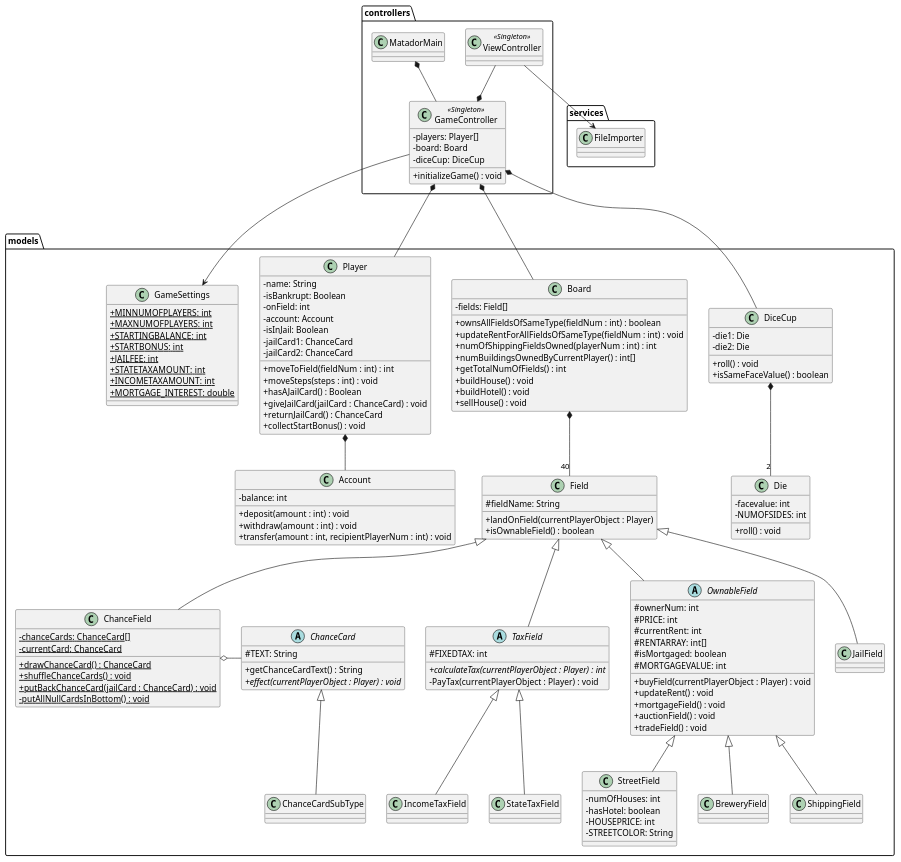
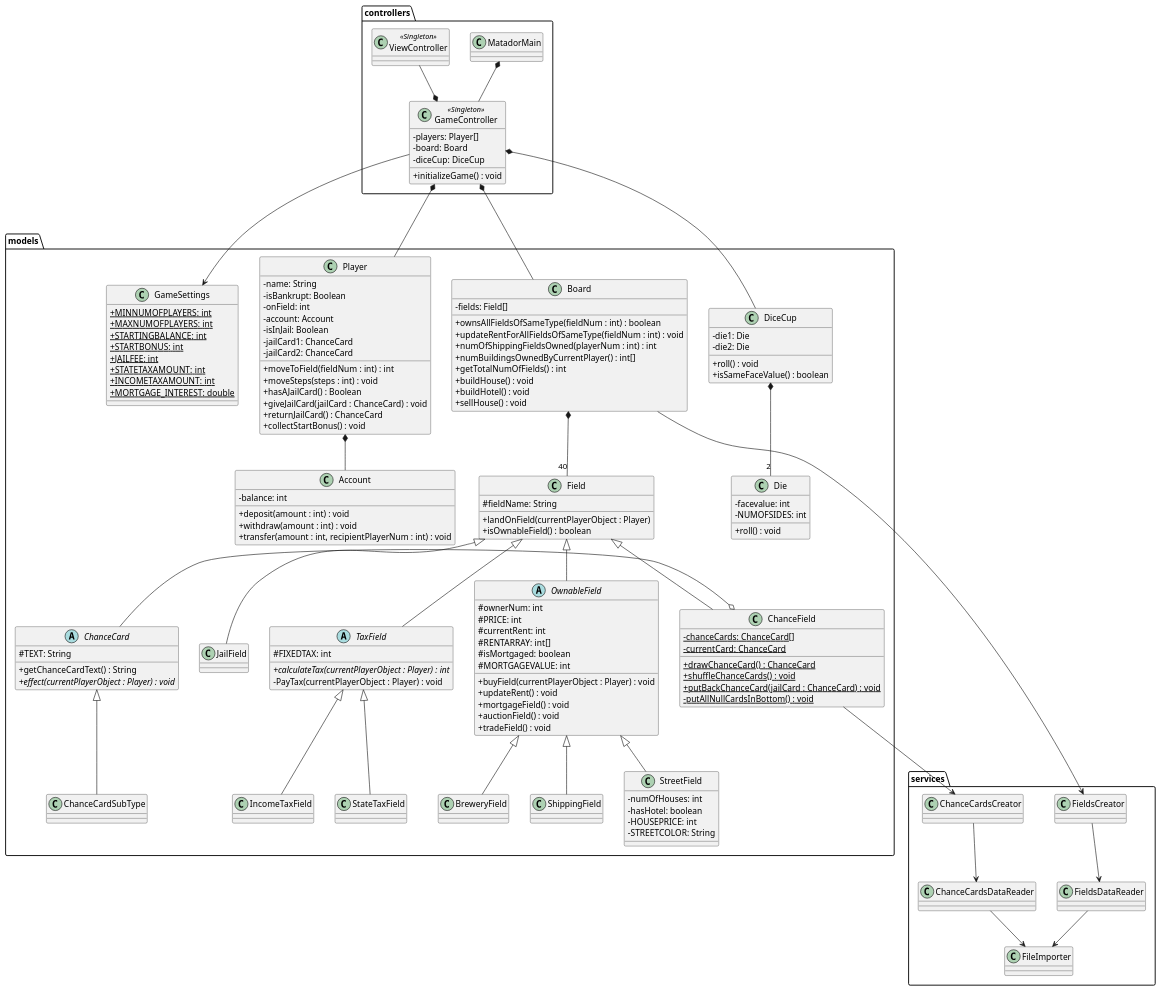
Before and after one commit to GabeKierk889/gruppe-18: the diagram in 18_final/UML/DesignClassDiagram.puml, drawn with PlantUML. The commit also changed 2 other files, not shown here.

Commit message:
Updated design class diagram for classes within service package

```diff
--- a/18_final/UML/DesignClassDiagram.puml
+++ b/18_final/UML/DesignClassDiagram.puml
@@ -5,7 +5,14 @@
 package services {
 
 class FileImporter {
-
+}
+class FieldsDataReader {
+}
+class FieldsCreator {
+}
+class ChanceCardsDataReader {
+}
+class ChanceCardsCreator {
 }
 
 }
@@ -179,7 +186,12 @@
 }
 
 MatadorMain *-- GameController
-ViewController --> FileImporter
+FieldsDataReader --> FileImporter
+ChanceCardsDataReader --> FileImporter
+FieldsCreator --> FieldsDataReader
+ChanceCardsCreator --> ChanceCardsDataReader
+ChanceField --> ChanceCardsCreator
+Board --> FieldsCreator
 ViewController --* GameController
 GameController --> GameSettings
 GameController *--- Board
```
